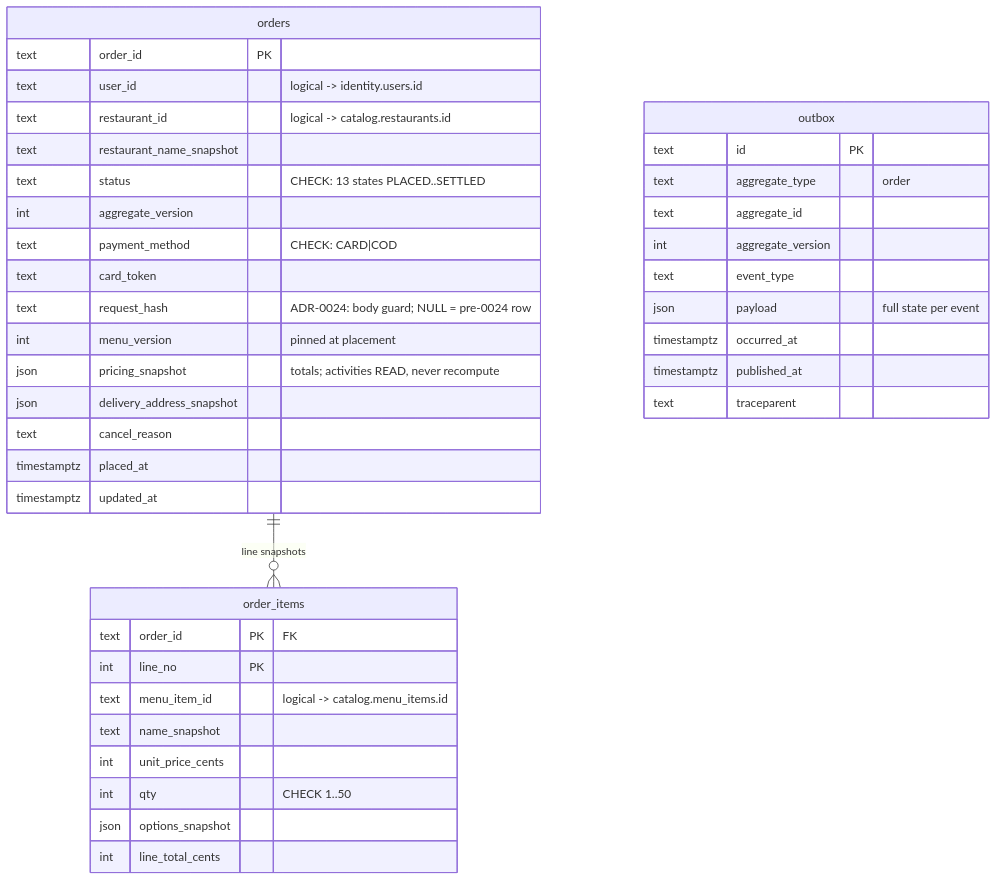
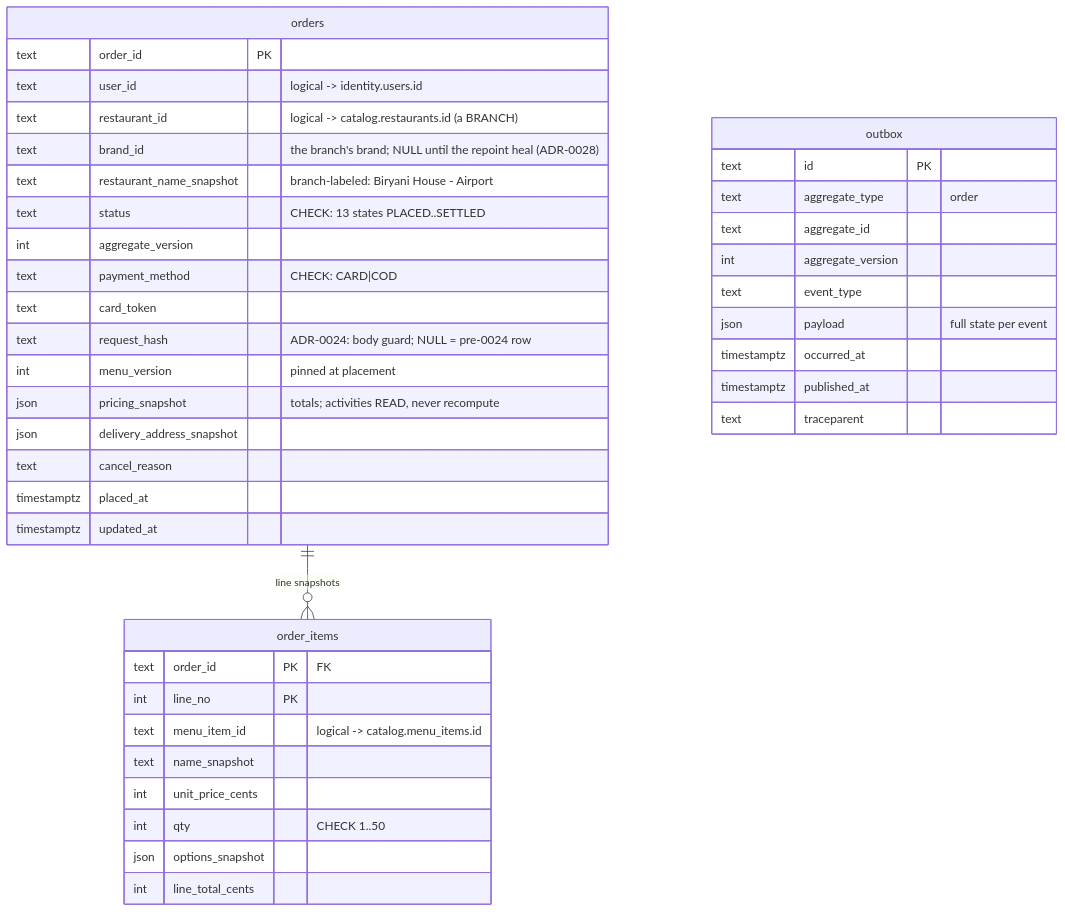
One commit to Aizazahmed-7/SmartFoodOps changed the fourth of 7 diagrams in docs/erd.md. Above: the diagram before and after it, drawn with Mermaid. The commit also changed other lines of this file and 69 other files, not shown here.

````diff
--- a/docs/erd.md
+++ b/docs/erd.md
@@ -248,42 +267,43 @@
 ```mermaid
 erDiagram
     orders {
         text order_id PK
         text user_id "logical -> identity.users.id"
-        text restaurant_id "logical -> catalog.restaurants.id"
-        text restaurant_name_snapshot
+        text restaurant_id "logical -> catalog.restaurants.id (a BRANCH)"
+        text brand_id "the branch's brand; NULL until the repoint heal (ADR-0028)"
+        text restaurant_name_snapshot "branch-labeled: Biryani House - Airport"
         text status "CHECK: 13 states PLACED..SETTLED"
         int aggregate_version
         text payment_method "CHECK: CARD|COD"
         text card_token
         text request_hash "ADR-0024: body guard; NULL = pre-0024 row"
         int menu_version "pinned at placement"
         json pricing_snapshot "totals; activities READ, never recompute"
         json delivery_address_snapshot
         text cancel_reason
         timestamptz placed_at
         timestamptz updated_at
     }
     order_items {
         text order_id PK "FK"
         int line_no PK
         text menu_item_id "logical -> catalog.menu_items.id"
         text name_snapshot
         int unit_price_cents
         int qty "CHECK 1..50"
         json options_snapshot
         int line_total_cents
     }
     outbox {
         text id PK
         text aggregate_type "order"
         text aggregate_id
         int aggregate_version
         text event_type
         json payload "full state per event"
         timestamptz occurred_at
         timestamptz published_at
         text traceparent
     }
     orders ||--o{ order_items : "line snapshots"
 ```
````
